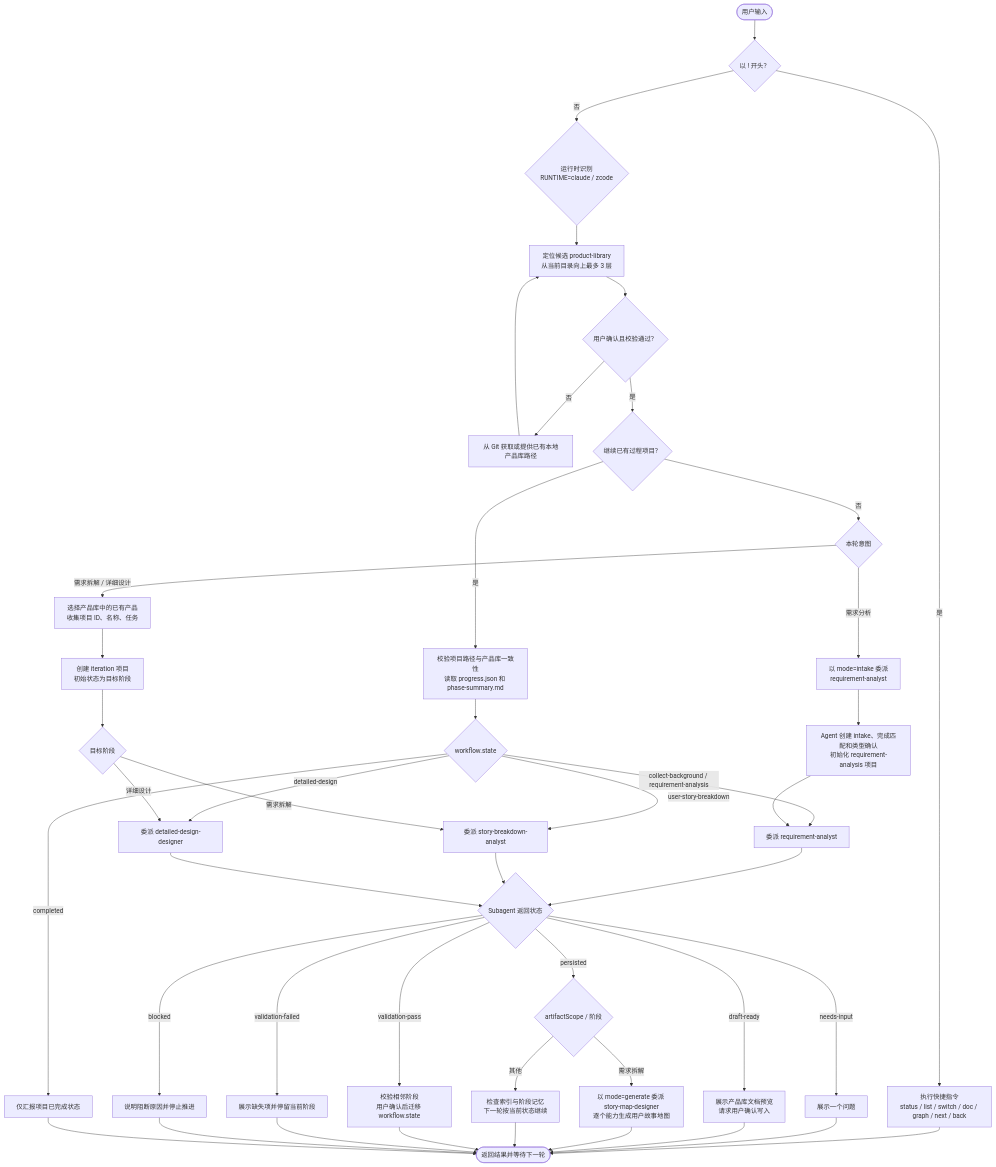
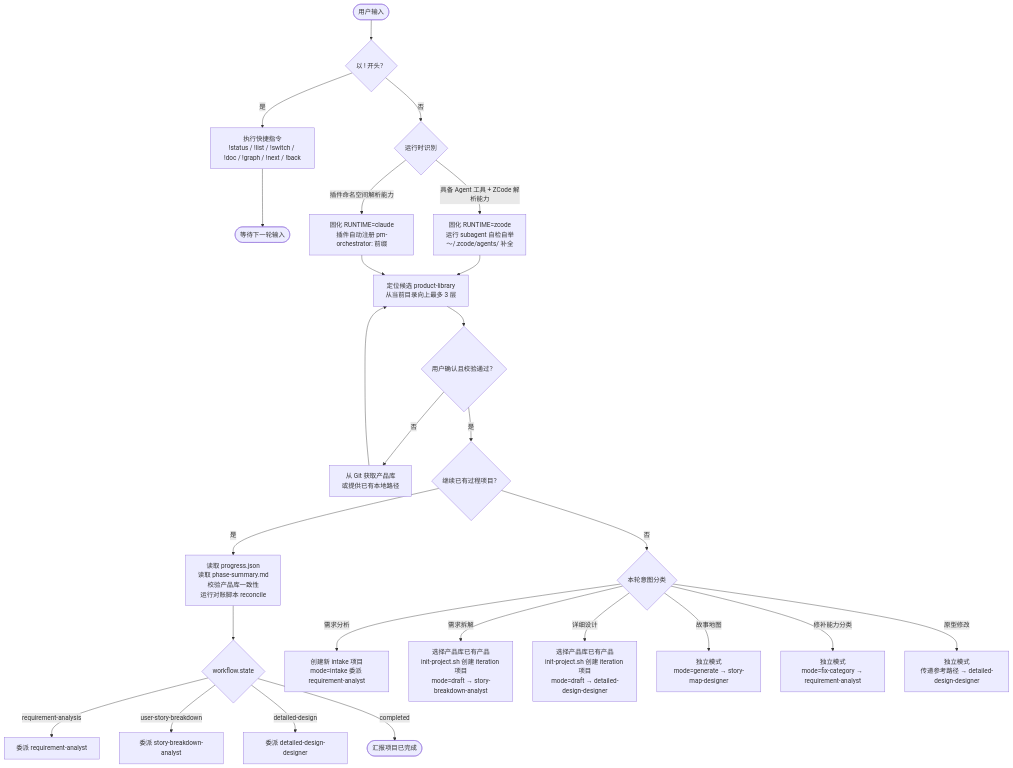
One commit to Tiger0521/pm-orchestrator changed the first of 7 diagrams in README.md. Above: the diagram before and after it, drawn with Mermaid. The commit also changed other lines of this file, not shown here.

Commit message:
release: V4.0.2 更新README：补充完整调用关系流程图

````diff
--- a/README.md
+++ b/README.md
@@ -105,50 +41,37 @@
 ```mermaid
 flowchart TD
     Start([用户输入]) --> Shortcut{以 ! 开头？}
-    Shortcut -- 是 --> Command[执行快捷指令<br/>status / list / switch / doc / graph / next / back]
-    Command --> Wait([返回结果并等待下一轮])
+    Shortcut -- 是 --> Cmd[执行快捷指令<br/>!status / !list / !switch / !doc / !graph / !next / !back]
+    Cmd --> Wait([等待下一轮输入])
 
-    Shortcut -- 否 --> Runtime{运行时识别<br/>RUNTIME=claude / zcode}
-    Runtime --> Library[定位候选 product-library<br/>从当前目录向上最多 3 层]
-    Library --> LibraryOK{用户确认且校验通过？}
-    LibraryOK -- 否 --> AcquireLibrary[从 Git 获取或提供已有本地产品库路径]
-    AcquireLibrary --> Library
+    Shortcut -- 否 --> RuntimeDetect{运行时识别}
+    RuntimeDetect -->|具备 Agent 工具 + ZCode 解析能力| ZCode[固化 RUNTIME=zcode<br/>运行 subagent 自检自举<br/>～/.zcode/agents/ 补全]
+    RuntimeDetect -->|插件命名空间解析能力| Claude[固化 RUNTIME=claude<br/>插件自动注册 pm-orchestrator: 前缀]
+
+    ZCode --> Library
+    Claude --> Library
+
+    Library[定位候选 product-library<br/>从当前目录向上最多 3 层] --> LibraryOK{用户确认且校验通过？}
+
+    LibraryOK -- 否 --> Acquire[从 Git 获取产品库<br/>或提供已有本地路径]
+    Acquire --> Library
+
     LibraryOK -- 是 --> Project{继续已有过程项目？}
 
-    Project -- 是 --> Restore[校验项目路径与产品库一致性<br/>读取 progress.json 和 phase-summary.md]
+    Project -- 是 --> Restore[读取 progress.json<br/>读取 phase-summary.md<br/>校验产品库一致性<br/>运行对账脚本 reconcile]
     Restore --> State{workflow.state}
-    State -- collect-background / requirement-analysis --> RA[委派 requirement-analyst]
+
+    State -- requirement-analysis --> RA[委派 requirement-analyst]
     State -- user-story-breakdown --> SB[委派 story-breakdown-analyst]
     State -- detailed-design --> DD[委派 detailed-design-designer]
-    State -- completed --> Report[仅汇报项目已完成状态]
+    State -- completed --> Report([汇报项目已完成])
 
-    Project -- 否 --> Intent{本轮意图}
-    Intent -- 需求分析 --> Intake[以 mode=intake 委派<br/>requirement-analyst]
-    Intake --> InitProject[Agent 创建 intake、完成匹配和类型确认<br/>初始化 requirement-analysis 项目]
-    InitProject --> RA
-    Intent -- 需求拆解 / 详细设计 --> Source[选择产品库中的已有产品<br/>收集项目 ID、名称、任务]
-    Source --> Iteration[创建 iteration 项目<br/>初始状态为目标阶段]
-    Iteration --> Target{目标阶段}
-    Target -- 需求拆解 --> SB
-    Target -- 详细设计 --> DD
+    Project -- 否 --> Intent{本轮意图分类}
 
-    RA --> Result{Subagent 返回状态}
-    SB --> Result
-    DD --> Result
-    Result -- needs-input --> Ask[展示一个问题]
-    Ask --> Wait
-    Result -- draft-ready --> Confirm[展示产品库文档预览<br/>请求用户确认写入]
-    Confirm --> Wait
-    Result -- persisted --> Persisted{artifactScope / 阶段}
-    Persisted -- 需求拆解 --> StoryMap[以 mode=generate 委派 story-map-designer<br/>逐个能力生成用户故事地图]
-    StoryMap --> Wait
-    Persisted -- 其他 --> Continue[检查索引与阶段记忆<br/>下一轮按当前状态继续]
-    Result -- validation-pass --> Transition[校验相邻阶段<br/>用户确认后迁移 workflow.state]
-    Result -- validation-failed --> Fix[展示缺失项并停留当前阶段]
-    Result -- blocked --> Blocked[说明阻断原因并停止推进]
-    Continue --> Wait
-    Transition --> Wait
-    Fix --> Wait
-    Blocked --> Wait
-    Report --> Wait
+    Intent -- 需求分析 --> Intake[创建新 intake 项目<br/>mode=intake 委派 requirement-analyst]
+    Intent -- 需求拆解 --> NewSB[选择产品库已有产品<br/>init-project.sh 创建 iteration 项目<br/>mode=draft → story-breakdown-analyst]
+    Intent -- 详细设计 --> NewDD[选择产品库已有产品<br/>init-project.sh 创建 iteration 项目<br/>mode=draft → detailed-design-designer]
+    Intent -- 故事地图 --> SM[独立模式<br/>mode=generate → story-map-designer]
+    Intent -- 修补能力分类 --> FC[独立模式<br/>mode=fix-category → requirement-analyst]
+    Intent -- 原型修改 --> PM[独立模式<br/>传递参考路径 → detailed-design-designer]
 ```
````
